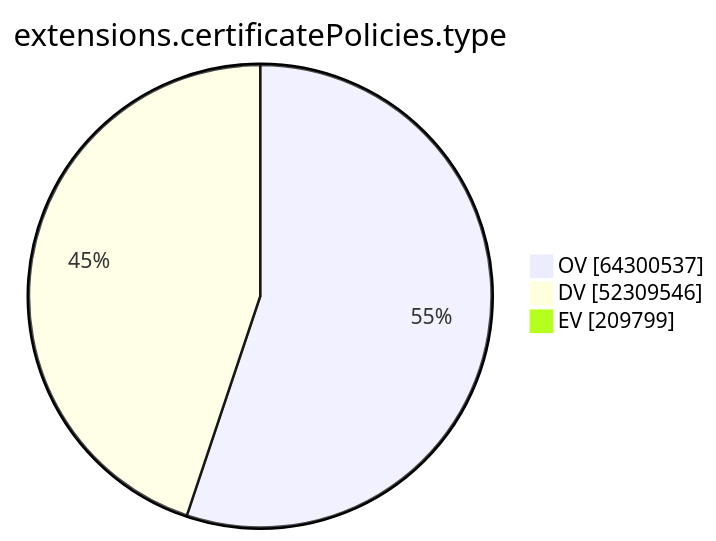
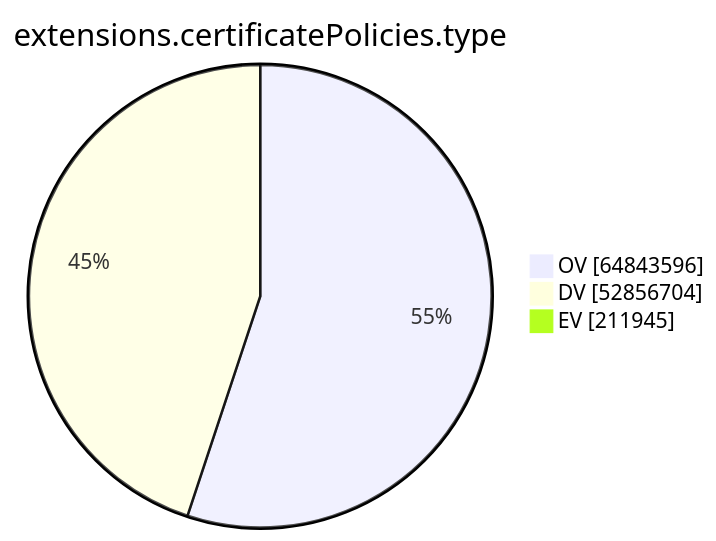
The ninth of 15 diagrams in argon2023/README.md (christiankrug/ctmonitor_visualization), drawn with Mermaid before and after one commit. The commit also changed other lines of this file, not shown here.

````diff
--- a/argon2023/README.md
+++ b/argon2023/README.md
@@ -2154,7 +2156,7 @@
 ```mermaid
 pie showData
 title extensions.certificatePolicies.type
-"OV" :64300537
-"DV" :52309546
-"EV" :209799
+"OV" :64843596
+"DV" :52856704
+"EV" :211945
 ```
````
